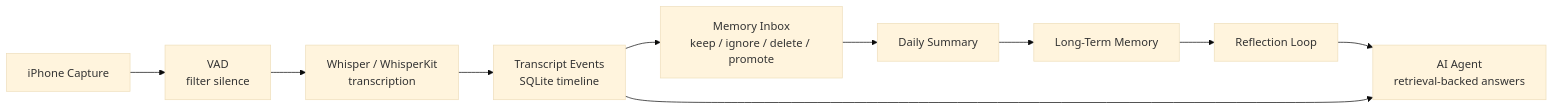
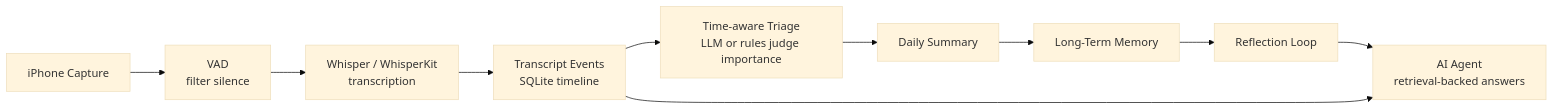
The diagram in README.md (qixuan-xu/open-memory), drawn with Mermaid (base theme) before and after one commit. The commit also changed other lines of this file and 14 other files, not shown here.

Commit message:
Add time-aware ingest triage

````diff
--- a/README.md
+++ b/README.md
@@ -19,12 +19,12 @@
 ```mermaid
 flowchart LR
     A["iPhone Capture"] --> B["VAD<br/>filter silence"]
     B --> C["Whisper / WhisperKit<br/>transcription"]
     C --> D["Transcript Events<br/>SQLite timeline"]
-    D --> E["Memory Inbox<br/>keep / ignore / delete / promote"]
+    D --> E["Time-aware Triage<br/>LLM or rules judge importance"]
     E --> F["Daily Summary"]
     F --> G["Long-Term Memory"]
     G --> H["Reflection Loop"]
     H --> I["AI Agent<br/>retrieval-backed answers"]
     D --> I
 ```
````
